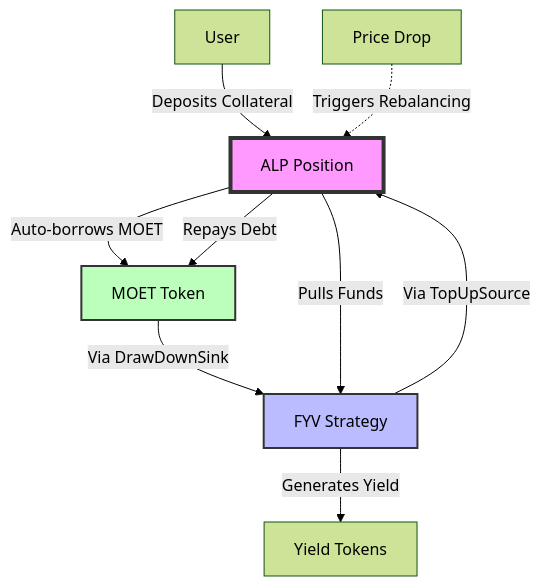
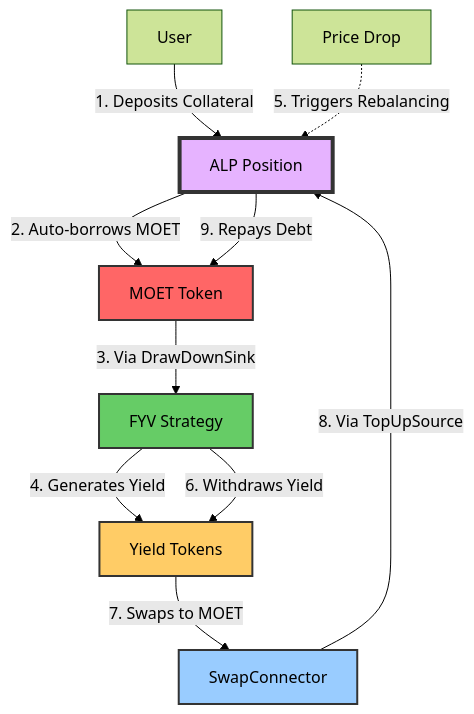
One commit to onflow/docs changed the diagram in docs/defi/alp/index.md. Above: the diagram before and after it, drawn with Mermaid (forest theme). The commit also changed other lines of this file and 7 other files, not shown here.

First line of the commit message:
Add comprehensive MOET documentation and update FCM/ALP references

````diff
--- a/docs/defi/alp/index.md
+++ b/docs/defi/alp/index.md
@@ -57,16 +43,19 @@
 ```mermaid
 graph TB
-    User[User] -->|Deposits Collateral| ALP[ALP Position]
-    ALP -->|Auto-borrows MOET| MOET[MOET Token]
-    MOET -->|Via DrawDownSink| FYV[FYV Strategy]
-    FYV -->|Generates Yield| Yield[Yield Tokens]
+    User[User] -->|1. Deposits Collateral| ALP[ALP Position]
+    ALP -->|2. Auto-borrows MOET| MOET[MOET Token]
+    MOET -->|3. Via DrawDownSink| FYV[FYV Strategy]
+    FYV -->|4. Generates Yield| Yield[Yield Tokens]
 
-    Price[Price Drop] -.->|Triggers Rebalancing| ALP
-    ALP -->|Pulls Funds| FYV
-    FYV -->|Via TopUpSource| ALP
-    ALP -->|Repays Debt| MOET
+    Price[Price Drop] -.->|5. Triggers Rebalancing| ALP
+    FYV -->|6. Withdraws Yield| Yield
+    Yield -->|7. Swaps to MOET| Swap[SwapConnector]
+    Swap -->|8. Via TopUpSource| ALP
+    ALP -->|9. Repays Debt| MOET
 
-    style ALP fill:#f9f,stroke:#333,stroke-width:4px
-    style FYV fill:#bbf,stroke:#333,stroke-width:2px
-    style MOET fill:#bfb,stroke:#333,stroke-width:2px
+    style ALP fill:#e6b3ff,stroke:#333,stroke-width:4px
+    style FYV fill:#66cc66,stroke:#333,stroke-width:2px
+    style MOET fill:#ff6666,stroke:#333,stroke-width:2px
+    style Yield fill:#ffcc66,stroke:#333,stroke-width:2px
+    style Swap fill:#99ccff,stroke:#333,stroke-width:2px
 ```
````
